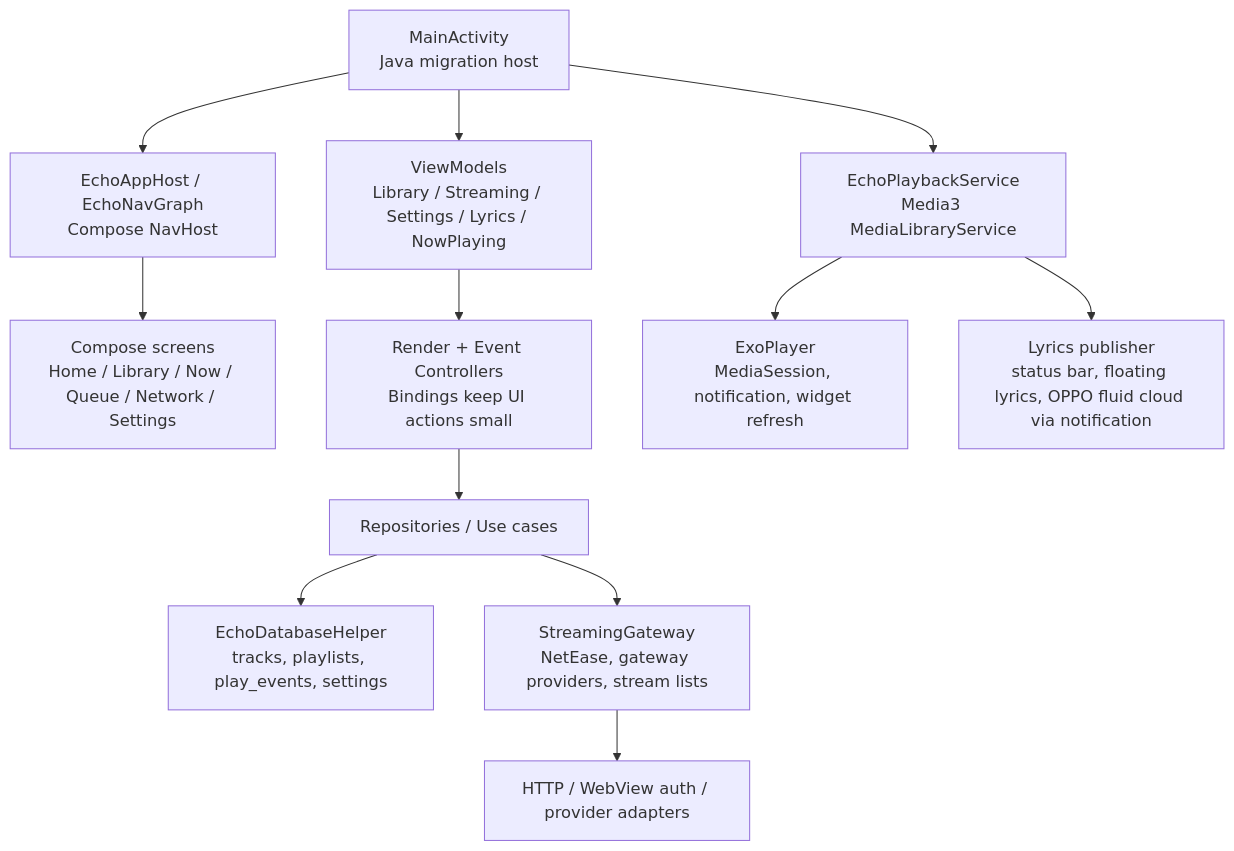
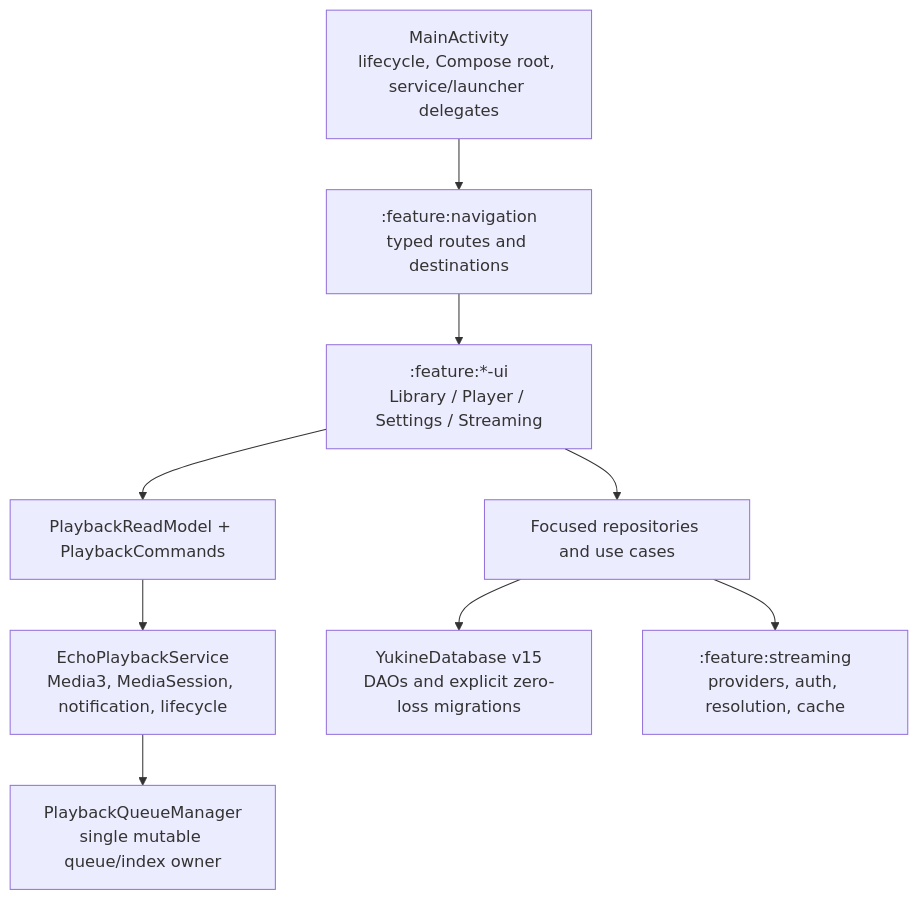
Before and after one commit to ysyhlly/Yukine-android: the second of 2 diagrams in README.md, drawn with Mermaid. The commit also changed other lines of this file and 502 other files, not shown here.

First line of the commit message:
Eliminate Android architecture debt and prepare 0.2.0 RC (#7)

````diff
--- a/README.md
+++ b/README.md
@@ -268,14 +259,11 @@
 ```mermaid
 flowchart TD
-    Activity["MainActivity\nJava migration host"] --> Nav["EchoAppHost / EchoNavGraph\nCompose NavHost"]
-    Nav --> Screens["Compose screens\nHome / Library / Now / Queue / Network / Settings"]
-    Activity --> VM["ViewModels\nLibrary / Streaming / Settings / Lyrics / NowPlaying"]
-    VM --> Controllers["Render + Event Controllers\nBindings keep UI actions small"]
-    Controllers --> Repo["Repositories / Use cases"]
-    Repo --> DB["EchoDatabaseHelper\ntracks, playlists, play_events, settings"]
-    Activity --> Service["EchoPlaybackService\nMedia3 MediaLibraryService"]
-    Service --> Exo["ExoPlayer\nMediaSession, notification, widget refresh"]
-    Service --> Lyrics["Lyrics publisher\nstatus bar, floating lyrics, OPPO fluid cloud via notification"]
-    Repo --> Streaming["StreamingGateway\nNetEase, gateway providers, stream lists"]
-    Streaming --> Network["HTTP / WebView auth / provider adapters"]
+    Activity["MainActivity\nlifecycle, Compose root, service/launcher delegates"] --> Nav[":feature:navigation\ntyped routes and destinations"]
+    Nav --> Features[":feature:*‑ui\nLibrary / Player / Settings / Streaming"]
+    Features --> ReadModel["PlaybackReadModel + PlaybackCommands"]
+    ReadModel --> Service["EchoPlaybackService\nMedia3, MediaSession, notification, lifecycle"]
+    Service --> Queue["PlaybackQueueManager\nsingle mutable queue/index owner"]
+    Features --> Repositories["Focused repositories and use cases"]
+    Repositories --> Room["YukineDatabase v15\nDAOs and explicit zero-loss migrations"]
+    Repositories --> Streaming[":feature:streaming\nproviders, auth, resolution, cache"]
 ```
````
